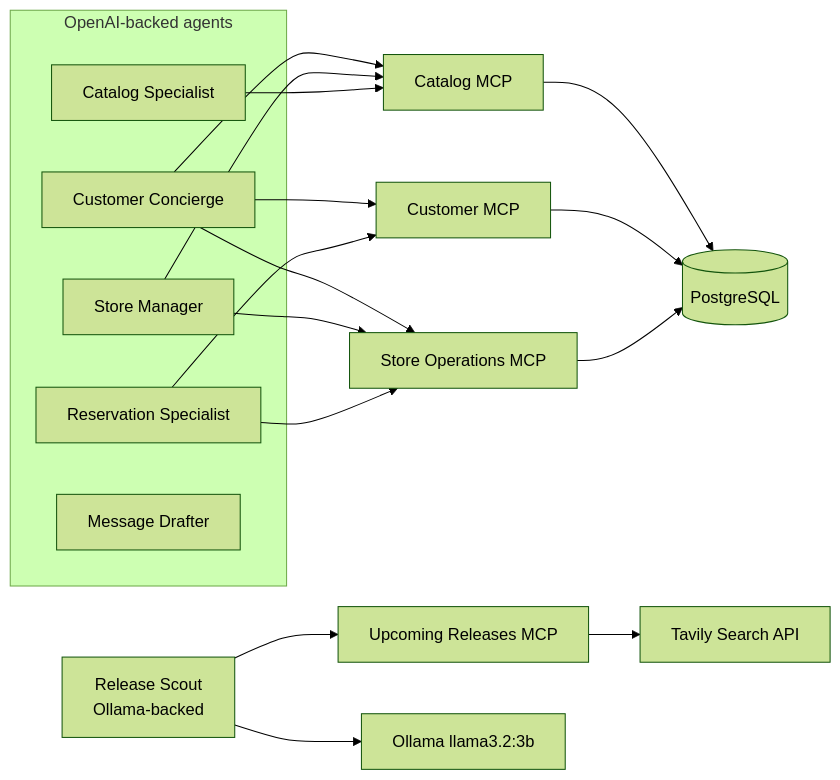
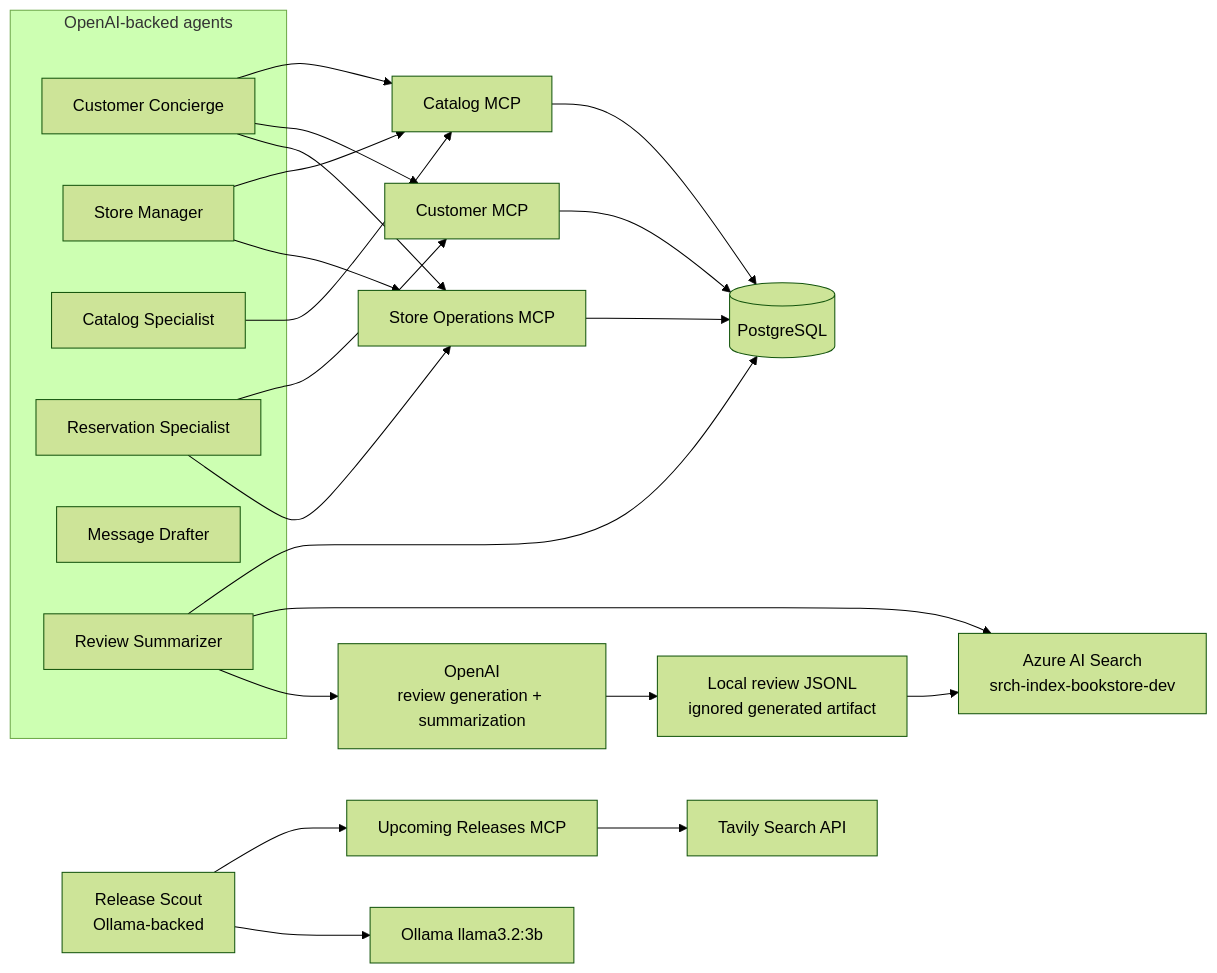
Before and after one commit to athanasios-u8/agentic-platform-k8s: the second of 7 diagrams in docs/bookstore-agent-scenario.md, drawn with Mermaid (forest theme). The commit also changed other lines of this file and 32 other files, not shown here.

Commit message:
feat: add RAG on Azure AI search for book reviews

````diff
--- a/docs/bookstore-agent-scenario.md
+++ b/docs/bookstore-agent-scenario.md
@@ -174,37 +201,46 @@
 ```mermaid
 flowchart LR
   subgraph "OpenAI-backed agents"
     CC["Customer Concierge"]
     SM["Store Manager"]
     CS["Catalog Specialist"]
     RS["Reservation Specialist"]
     MD["Message Drafter"]
+    Reviews["Review Summarizer"]
   end
 
   Scout["Release Scout\nOllama-backed"]
 
   Catalog["Catalog MCP"]
   Customer["Customer MCP"]
   StoreOps["Store Operations MCP"]
   Upcoming["Upcoming Releases MCP"]
 
   DB[("PostgreSQL")]
   Tavily["Tavily Search API"]
   Ollama["Ollama llama3.2:3b"]
+  Search["Azure AI Search\nsrch-index-bookstore-dev"]
+  JSONL["Local review JSONL\nignored generated artifact"]
+  OpenAI["OpenAI\nreview generation + summarization"]
 
   CC --> Catalog
   CC --> Customer
   CC --> StoreOps
   SM --> Catalog
   SM --> StoreOps
   CS --> Catalog
   RS --> Customer
   RS --> StoreOps
+  Reviews --> DB
+  Reviews --> Search
+  Reviews --> OpenAI
   Scout --> Upcoming
   Scout --> Ollama
 
   Catalog --> DB
   Customer --> DB
   StoreOps --> DB
   Upcoming --> Tavily
+  JSONL --> Search
+  OpenAI --> JSONL
 ```
````
